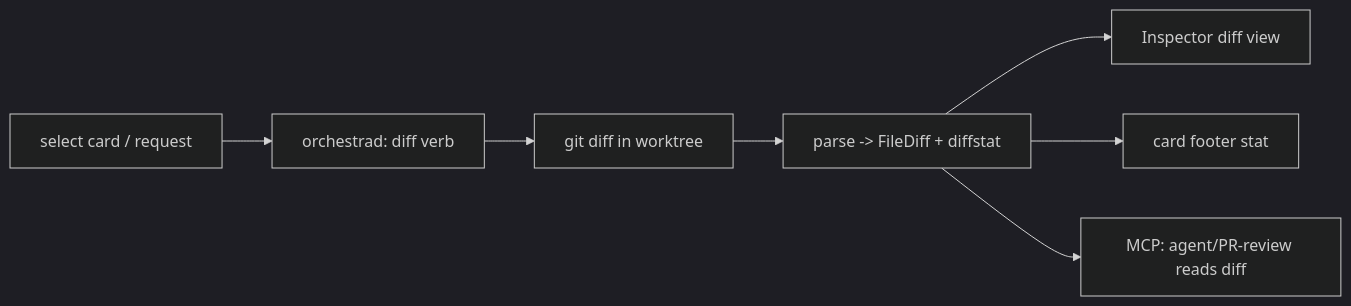
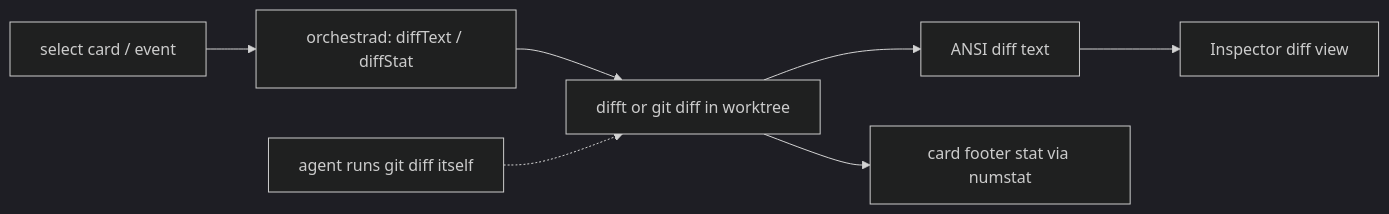
The first of 2 diagrams in notes/designs/code-review-on-board/01-design.md (PeiAllen/claude-kanban), drawn with Mermaid (dark theme) before and after one commit. The commit also changed other lines of this file and 22 other files, not shown here.

First line of the commit message:
feat(diff): code review on the board (axis 7) — footer diffstat + in-app diff view

````diff
--- a/notes/designs/code-review-on-board/01-design.md
+++ b/notes/designs/code-review-on-board/01-design.md
@@ -102,9 +101,9 @@
 ```mermaid
 flowchart LR
-    Sel[select card / request] --> D[orchestrad: diff verb]
-    D --> Git[git diff in worktree]
-    Git --> Parse[parse -> FileDiff + diffstat]
-    Parse --> Insp[Inspector diff view]
-    Parse --> Card[card footer stat]
-    Parse --> MCP[MCP: agent/PR-review reads diff]
+    Sel[select card / event] --> D[orchestrad: diffText / diffStat]
+    D --> Git[difft or git diff in worktree]
+    Git --> Text[ANSI diff text]
+    Text --> Insp[Inspector diff view]
+    Git --> Card[card footer stat via numstat]
+    Agent[agent runs git diff itself] -.-> Git
 ```
````
